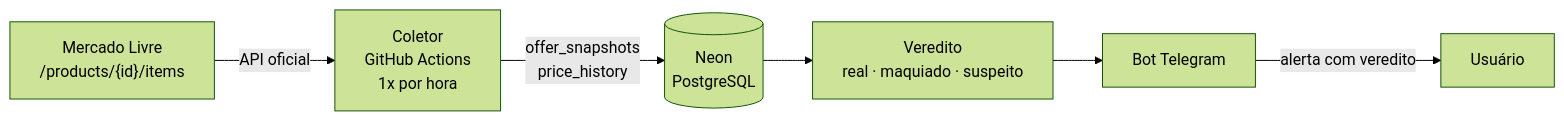
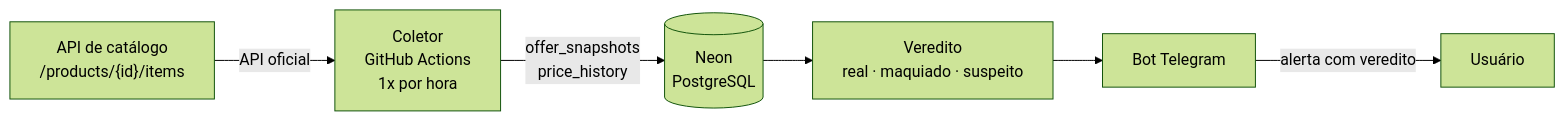
The diagram in README.md (luthhop/lowpoint), drawn with Mermaid (forest theme) before and after one commit. The commit also changed other lines of this file and 6 other files, not shown here.

````diff
--- a/README.md
+++ b/README.md
@@ -56,8 +56,8 @@
 ```mermaid
 graph LR
-    ML["Mercado Livre<br/>/products/{id}/items"] -->|API oficial| C["Coletor<br/>GitHub Actions<br/>1x por hora"]
+    ML["API de catálogo<br/>/products/{id}/items"] -->|API oficial| C["Coletor<br/>GitHub Actions<br/>1x por hora"]
     C -->|offer_snapshots<br/>price_history| DB[(Neon<br/>PostgreSQL)]
     DB --> V["Veredito<br/>real · maquiado · suspeito"]
     V --> B["Bot Telegram"]
     B -->|alerta com veredito| U["Usuário"]
 ```
````
